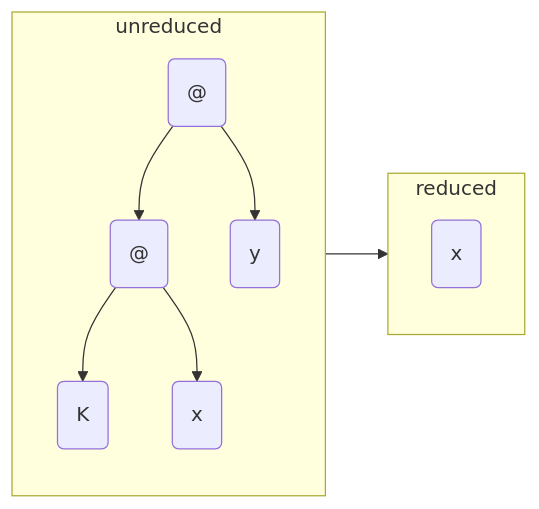
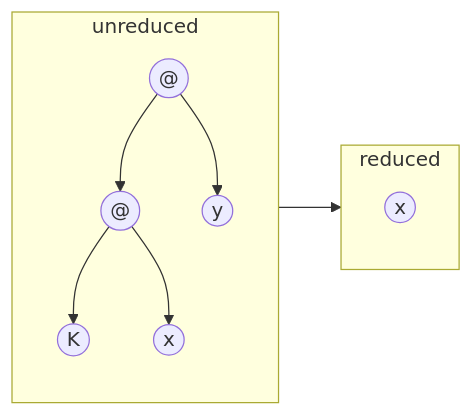
The fourth of 5 diagrams in examples/ski/README.md (Juemuren/graph-reduction-machine), drawn with Mermaid before and after one commit. The commit also changed other lines of this file, not shown here.

Commit message:
examples: 修改 Mermaid 图为圆形节点

````diff
--- a/examples/ski/README.md
+++ b/examples/ski/README.md
@@ -152,20 +152,20 @@
 ```mermaid
 flowchart LR
     subgraph U["unreduced"]
-        u0("@")
-        u1("@")
-        u2("y")
-        u3("K")
-        u4("x")
+        u0(("@"))
+        u1(("@"))
+        u2(("y"))
+        u3(("K"))
+        u4(("x"))
         u0 --> u1
         u0 --> u2
         u1 --> u3
         u1 --> u4
     end
 
     subgraph R["reduced"]
-        r0("x")
+        r0(("x"))
     end
 
     U --> R
 ```
````
